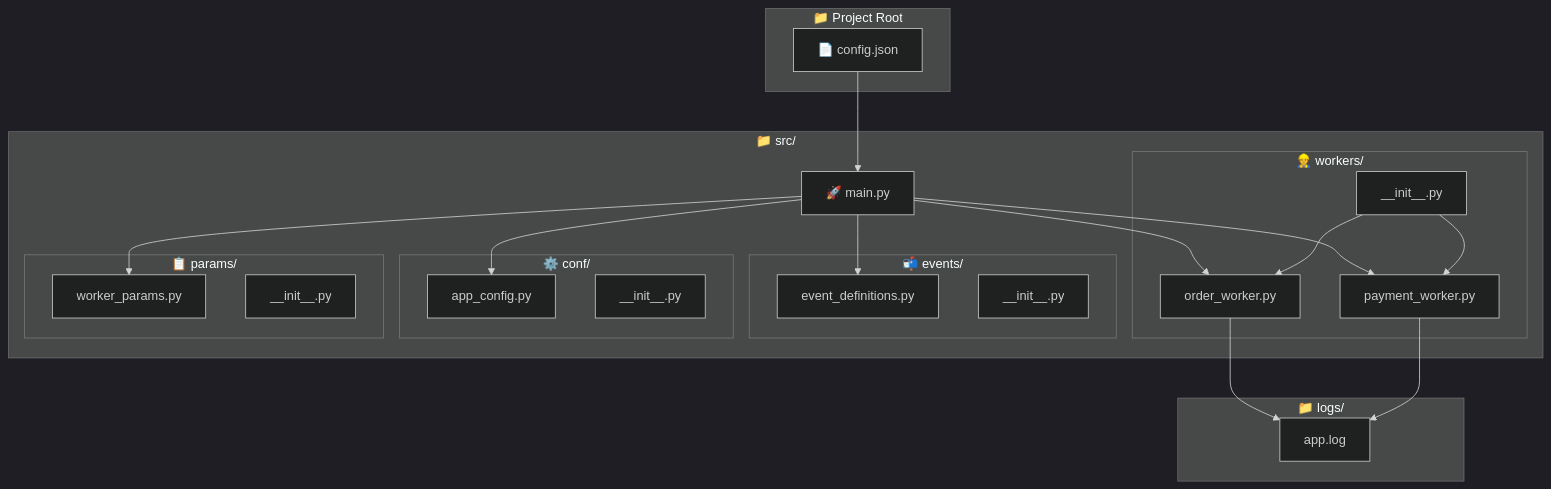
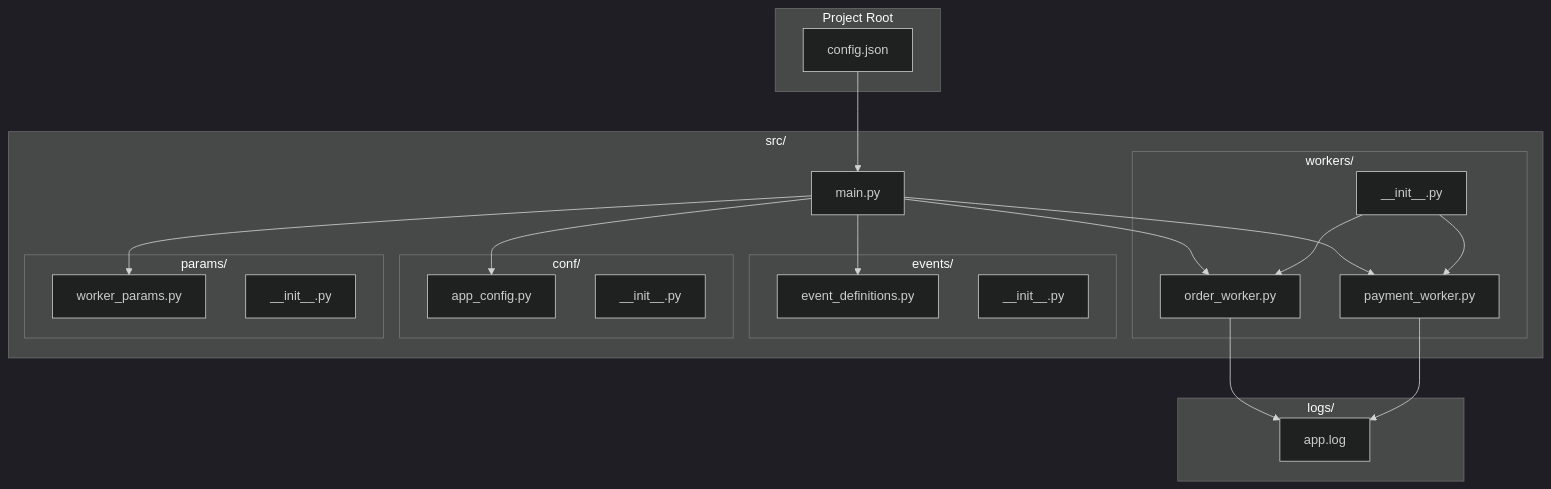
One commit to YearsAlso/zoo-framework-doc changed the first of 2 diagrams in docs/start/new.md. Above: the diagram before and after it, drawn with Mermaid (dark theme). The commit also changed other lines of this file and 24 other files, not shown here.

First line of the commit message:
docs(site): 站点正式化与内容严肃化，附 bench 报告截图

````diff
--- a/docs/start/new.md
+++ b/docs/start/new.md
@@ -118,46 +118,46 @@
 ```mermaid
 graph TB
-    subgraph "📁 Project Root"
-        C[📄 config.json]
+    subgraph " Project Root"
+        C[ config.json]
     end
     
-    subgraph "📁 src/"
-        M[🚀 main.py]
+    subgraph " src/"
+        M[ main.py]
         
-        subgraph "👷 workers/"
+        subgraph  workers/
             W1[order_worker.py]
             W2[payment_worker.py]
             WI[__init__.py]
         end
         
-        subgraph "📬 events/"
+        subgraph  events/
             E1[event_definitions.py]
             EI[__init__.py]
         end
         
-        subgraph "⚙️ conf/"
+        subgraph  conf/
             CF1[app_config.py]
             CFI[__init__.py]
         end
         
-        subgraph "📋 params/"
+        subgraph  params/
             P1[worker_params.py]
             PI[__init__.py]
         end
     end
     
-    subgraph "📁 logs/"
+    subgraph  logs/
         L1[app.log]
     end
     
     C --> M
     M --> W1
     M --> W2
     WI --> W1
     WI --> W2
     M --> E1
     M --> CF1
     M --> P1
     W1 --> L1
     W2 --> L1
 ```
````
